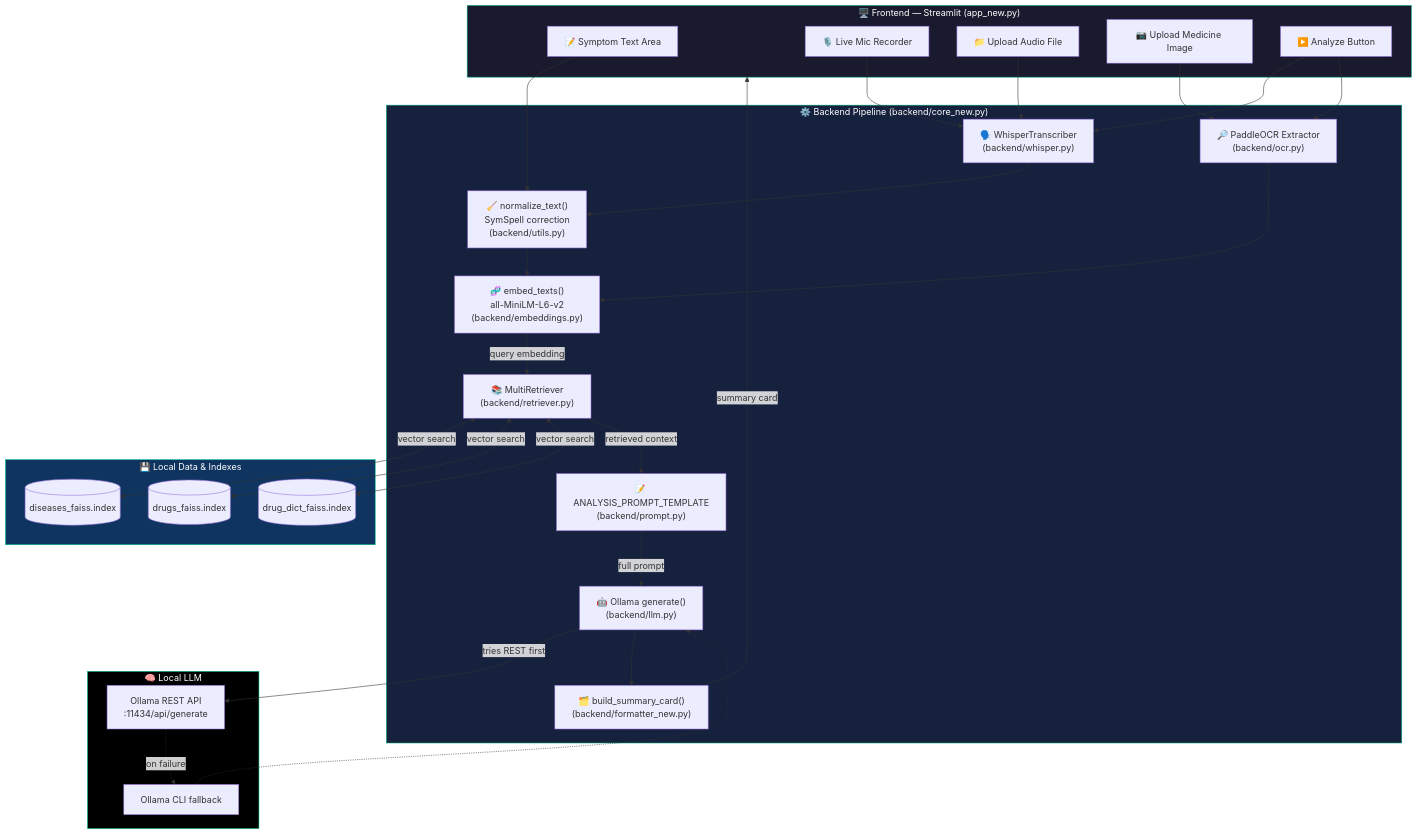
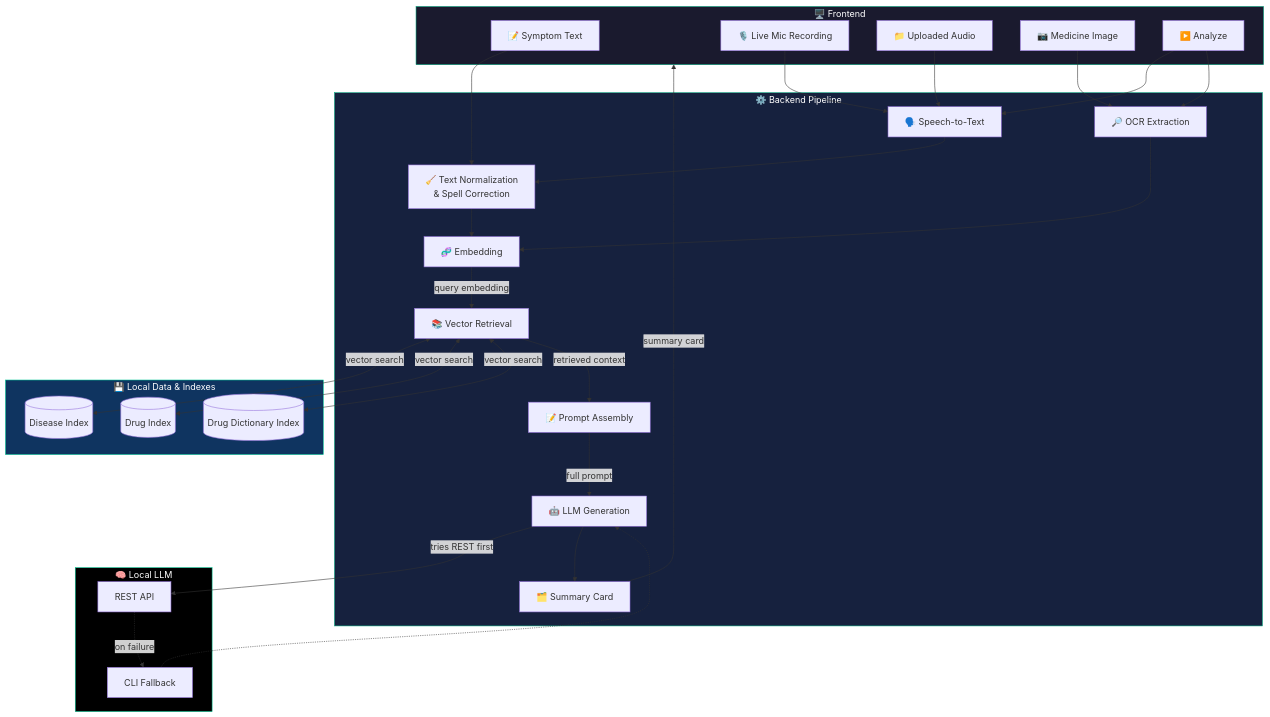
One commit to djcode0718/MediscanAI changed the first of 4 diagrams in README.md. Above: the diagram before and after it, drawn with Mermaid. The commit also changed other lines of this file, not shown here.

Commit message:
docs: simplify README architecture diagrams and update setup instructions for cross-platform support

````diff
--- a/README.md
+++ b/README.md
@@ -63,58 +63,58 @@
 ```mermaid
 flowchart TB
-    subgraph Client["🖥️ Frontend — Streamlit (app_new.py)"]
-        A1["📝 Symptom Text Area"]
-        A2["🎙️ Live Mic Recorder"]
-        A3["📁 Upload Audio File"]
-        A4["📷 Upload Medicine Image"]
-        A5["▶️ Analyze Button"]
+    subgraph Client["🖥️ Frontend"]
+        A1["📝 Symptom Text"]
+        A2["🎙️ Live Mic Recording"]
+        A3["📁 Uploaded Audio"]
+        A4["📷 Medicine Image"]
+        A5["▶️ Analyze"]
     end
 
-    subgraph Backend["⚙️ Backend Pipeline (backend/core_new.py)"]
-        B1["🗣️ WhisperTranscriber\n(backend/whisper.py)"]
-        B2["🔎 PaddleOCR Extractor\n(backend/ocr.py)"]
-        B3["🧹 normalize_text()\nSymSpell correction\n(backend/utils.py)"]
-        B4["🧬 embed_texts()\nall-MiniLM-L6-v2\n(backend/embeddings.py)"]
-        B5["📚 MultiRetriever\n(backend/retriever.py)"]
-        B6["📝 ANALYSIS_PROMPT_TEMPLATE\n(backend/prompt.py)"]
-        B7["🤖 Ollama generate()\n(backend/llm.py)"]
-        B8["🗂️ build_summary_card()\n(backend/formatter_new.py)"]
+    subgraph Backend["⚙️ Backend Pipeline"]
+        B1["🗣️ Speech-to-Text"]
+        B2["🔎 OCR Extraction"]
+        B3["🧹 Text Normalization\n& Spell Correction"]
+        B4["🧬 Embedding"]
+        B5["📚 Vector Retrieval"]
+        B6["📝 Prompt Assembly"]
+        B7["🤖 LLM Generation"]
+        B8["🗂️ Summary Card"]
     end
 
     subgraph Store["💾 Local Data & Indexes"]
-        D1[("diseases_faiss.index")]
-        D2[("drugs_faiss.index")]
-        D3[("drug_dict_faiss.index")]
+        D1[("Disease Index")]
+        D2[("Drug Index")]
+        D3[("Drug Dictionary Index")]
     end
 
     subgraph LLM["🧠 Local LLM"]
-        L1["Ollama REST API\n:11434/api/generate"]
-        L2["Ollama CLI fallback"]
+        L1["REST API"]
+        L2["CLI Fallback"]
     end
 
     A2 --> B1
     A3 --> B1
     A4 --> B2
     A1 --> B3
     B1 --> B3
     B2 --> B4
     B3 --> B4
     B4 -->|"query embedding"| B5
     B5 <-->|"vector search"| D1
     B5 <-->|"vector search"| D2
     B5 <-->|"vector search"| D3
     B5 -->|"retrieved context"| B6
     B6 -->|"full prompt"| B7
     B7 -->|"tries REST first"| L1
     L1 -.->|"on failure"| L2
     L2 -.-> B7
     B7 --> B8
     A5 --> B1
     A5 --> B2
     B8 -->|"summary card"| Client
 
     style Client fill:#1a1a2e,stroke:#00A67E,color:#fff
     style Backend fill:#16213e,stroke:#00A67E,color:#fff
     style Store fill:#0f3460,stroke:#00C896,color:#fff
     style LLM fill:#000000,stroke:#00C896,color:#fff
 ```
````
